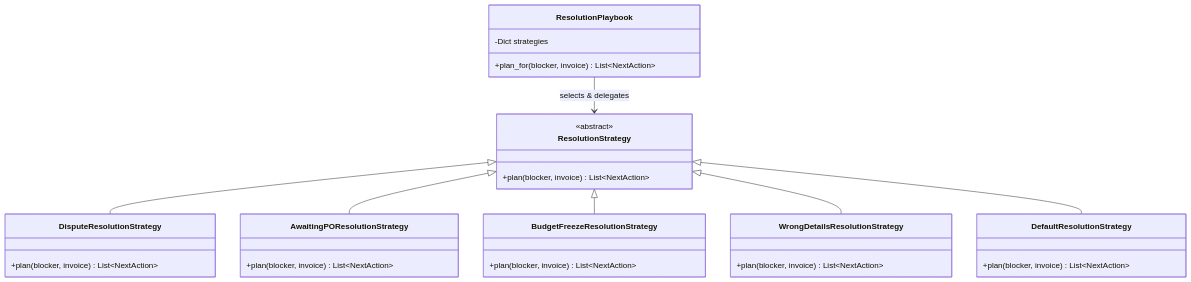
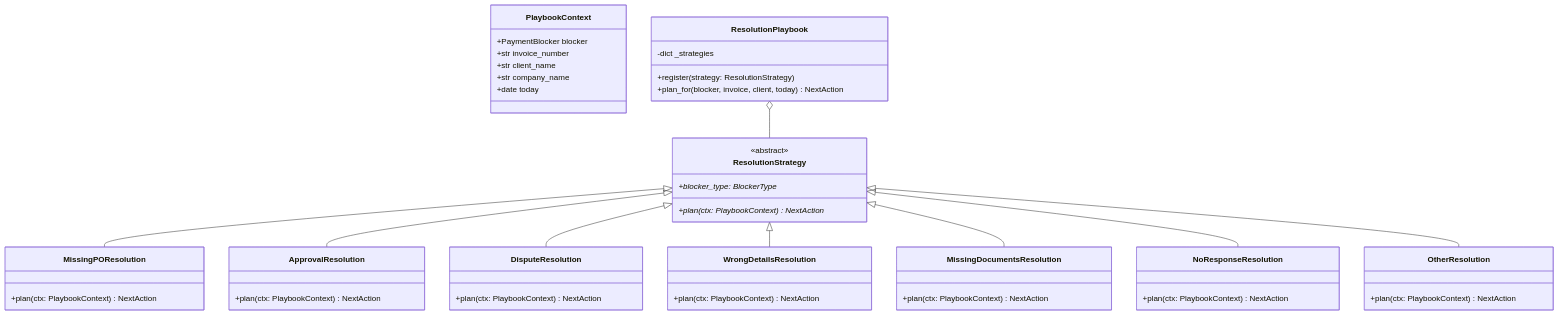
One commit to Anupam-hash926/DuePing changed the third of 8 diagrams in docs/uml/03-patterns.md. Above: the diagram before and after it, drawn with Mermaid. The commit also changed other lines of this file and 18 other files, not shown here.

Commit message:
phase 1: docs and uml match the code

````diff
--- a/docs/uml/03-patterns.md
+++ b/docs/uml/03-patterns.md
@@ -87,39 +110,40 @@
 ```mermaid
 classDiagram
+    class PlaybookContext {
+        +PaymentBlocker blocker
+        +str invoice_number
+        +str client_name
+        +str company_name
+        +date today
+    }
+
     class ResolutionStrategy {
         <<abstract>>
-        +plan(blocker, invoice) List~NextAction~
+        +blocker_type: BlockerType*
+        +plan(ctx: PlaybookContext)* NextAction
     }
 
-    class DisputeResolutionStrategy {
-        +plan(blocker, invoice) List~NextAction~
+    class MissingPOResolution { +plan(ctx: PlaybookContext) NextAction }
+    class ApprovalResolution { +plan(ctx: PlaybookContext) NextAction }
+    class DisputeResolution { +plan(ctx: PlaybookContext) NextAction }
+    class WrongDetailsResolution { +plan(ctx: PlaybookContext) NextAction }
+    class MissingDocumentsResolution { +plan(ctx: PlaybookContext) NextAction }
+    class NoResponseResolution { +plan(ctx: PlaybookContext) NextAction }
+    class OtherResolution { +plan(ctx: PlaybookContext) NextAction }
+
+    class ResolutionPlaybook {
+        -dict _strategies
+        +register(strategy: ResolutionStrategy)
+        +plan_for(blocker, invoice, client, today) NextAction
     }
 
-    class AwaitingPOResolutionStrategy {
-        +plan(blocker, invoice) List~NextAction~
-    }
+    ResolutionStrategy <|-- MissingPOResolution
+    ResolutionStrategy <|-- ApprovalResolution
+    ResolutionStrategy <|-- DisputeResolution
+    ResolutionStrategy <|-- WrongDetailsResolution
+    ResolutionStrategy <|-- MissingDocumentsResolution
+    ResolutionStrategy <|-- NoResponseResolution
+    ResolutionStrategy <|-- OtherResolution
 
-    class BudgetFreezeResolutionStrategy {
-        +plan(blocker, invoice) List~NextAction~
-    }
-
-    class WrongDetailsResolutionStrategy {
-        +plan(blocker, invoice) List~NextAction~
-    }
-
-    class DefaultResolutionStrategy {
-        +plan(blocker, invoice) List~NextAction~
-    }
-
-    class ResolutionPlaybook {
-        -Dict strategies
-        +plan_for(blocker, invoice) List~NextAction~
-    }
-
-    ResolutionStrategy <|-- DisputeResolutionStrategy
-    ResolutionStrategy <|-- AwaitingPOResolutionStrategy
-    ResolutionStrategy <|-- BudgetFreezeResolutionStrategy
-    ResolutionStrategy <|-- WrongDetailsResolutionStrategy
-    ResolutionStrategy <|-- DefaultResolutionStrategy
-    ResolutionPlaybook --> ResolutionStrategy : selects & delegates
+    ResolutionPlaybook o-- ResolutionStrategy
 ```
````
